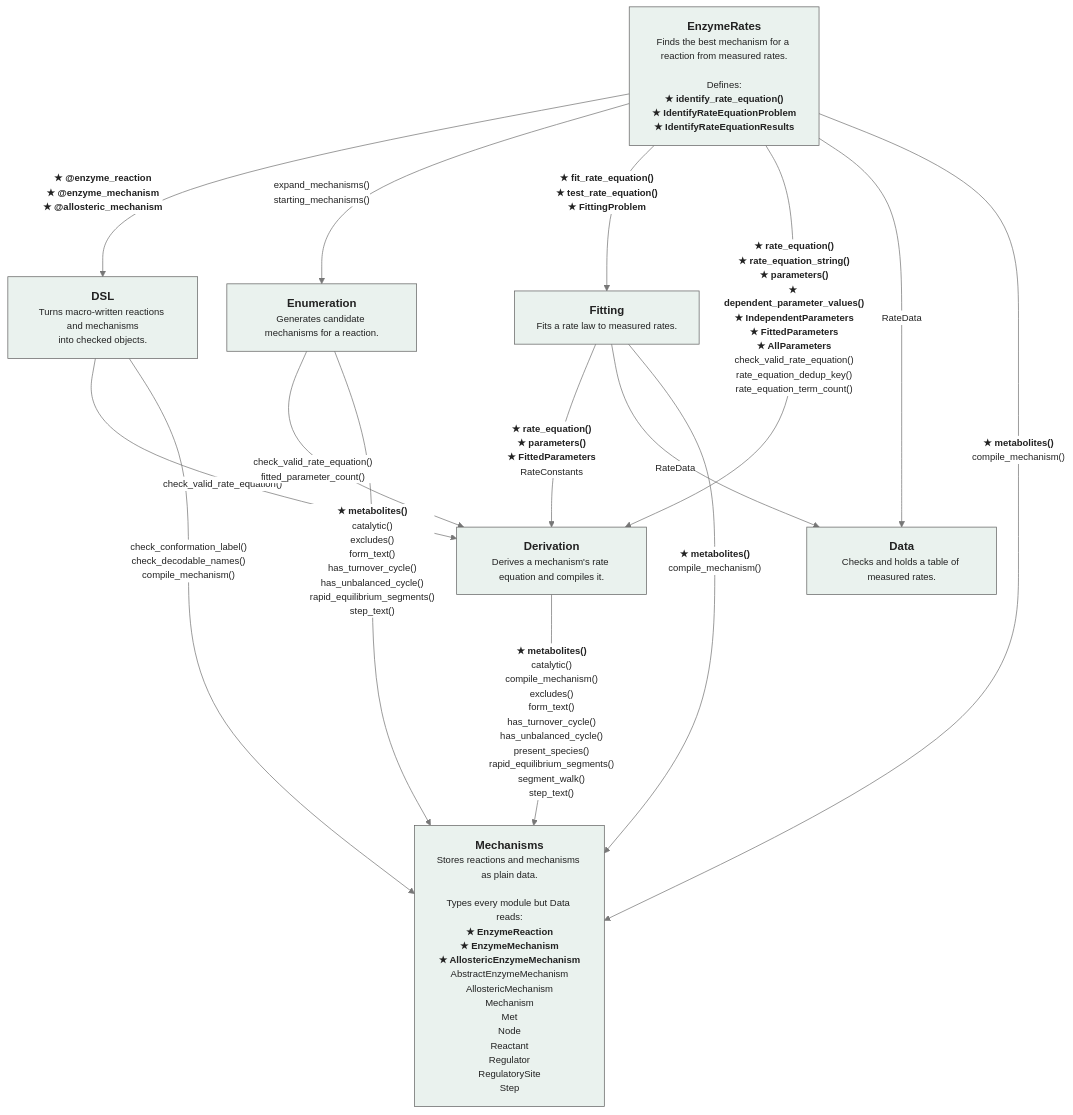
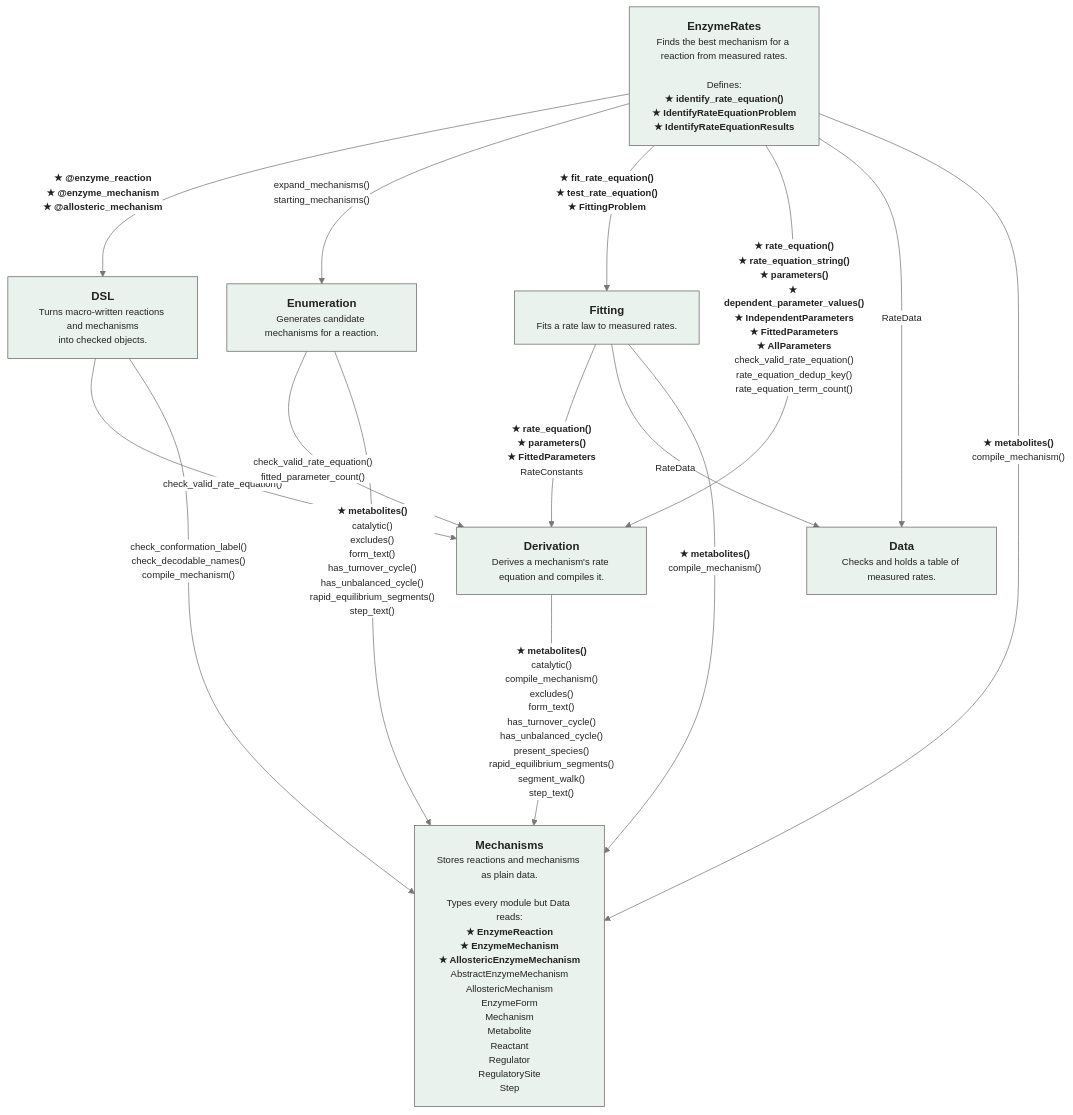
The diagram in docs/src/developer.md (DenisTitovLab/EnzymeRates.jl), drawn with Mermaid before and after one commit. The commit also changed other lines of this file and 28 other files, not shown here.

First line of the commit message:
Rename Node to EnzymeForm and Met to Metabolite

````diff
--- a/docs/src/developer.md
+++ b/docs/src/developer.md
@@ -24,31 +24,31 @@
 ```mermaid
 %%{init: {"theme": "base", "flowchart": {"curve": "basis", "nodeSpacing": 40, "rankSpacing": 70, "htmlLabels": true},
   "themeVariables": {"fontFamily": "Helvetica, Arial, sans-serif", "fontSize": "13px",
   "primaryColor": "#ffffff", "primaryBorderColor": "#666666", "primaryTextColor": "#222222",
   "lineColor": "#777777", "edgeLabelBackground": "#ffffff", "clusterBkg": "#eaf2ee",
   "clusterBorder": "#666666", "titleColor": "#1f4f42"}}}%%
 flowchart TB
   top["<b><big>EnzymeRates</big></b><br/>Finds the best mechanism for a reaction from measured rates.<br/><br/>Defines:<br/><b>★ identify_rate_equation()</b><br/><b>★ IdentifyRateEquationProblem</b><br/><b>★ IdentifyRateEquationResults</b>"]
   dsl["<b><big>DSL</big></b><br/>Turns macro-written reactions and mechanisms<br/>into checked objects."]
   enum["<b><big>Enumeration</big></b><br/>Generates candidate mechanisms for a reaction."]
   fit["<b><big>Fitting</big></b><br/>Fits a rate law to measured rates."]
   der["<b><big>Derivation</big></b><br/>Derives a mechanism's rate equation and compiles it."]
   data["<b><big>Data</big></b><br/>Checks and holds a table of measured rates."]
-  mech["<b><big>Mechanisms</big></b><br/>Stores reactions and mechanisms as plain data.<br/><br/>Types every module but Data reads:<br/><b>★ EnzymeReaction</b><br/><b>★ EnzymeMechanism</b><br/><b>★ AllostericEnzymeMechanism</b><br/>AbstractEnzymeMechanism<br/>AllostericMechanism<br/>Mechanism<br/>Met<br/>Node<br/>Reactant<br/>Regulator<br/>RegulatorySite<br/>Step"]
+  mech["<b><big>Mechanisms</big></b><br/>Stores reactions and mechanisms as plain data.<br/><br/>Types every module but Data reads:<br/><b>★ EnzymeReaction</b><br/><b>★ EnzymeMechanism</b><br/><b>★ AllostericEnzymeMechanism</b><br/>AbstractEnzymeMechanism<br/>AllostericMechanism<br/>EnzymeForm<br/>Mechanism<br/>Metabolite<br/>Reactant<br/>Regulator<br/>RegulatorySite<br/>Step"]
   top -->|"<b>★ @enzyme_reaction</b><br/><b>★ @enzyme_mechanism</b><br/><b>★ @allosteric_mechanism</b>"| dsl
   top -->|"expand_mechanisms()<br/>starting_mechanisms()"| enum
   top -->|"<b>★ fit_rate_equation()</b><br/><b>★ test_rate_equation()</b><br/><b>★ FittingProblem</b>"| fit
   top -->|"<b>★ rate_equation()</b><br/><b>★ rate_equation_string()</b><br/><b>★ parameters()</b><br/><b>★ dependent_parameter_values()</b><br/><b>★ IndependentParameters</b><br/><b>★ FittedParameters</b><br/><b>★ AllParameters</b><br/>check_valid_rate_equation()<br/>rate_equation_dedup_key()<br/>rate_equation_term_count()"| der
   top -->|"RateData"| data
   top -->|"<b>★ metabolites()</b><br/>compile_mechanism()"| mech
   dsl -->|"check_valid_rate_equation()"| der
   dsl -->|"check_conformation_label()<br/>check_decodable_names()<br/>compile_mechanism()"| mech
   enum -->|"check_valid_rate_equation()<br/>fitted_parameter_count()"| der
   enum -->|"<b>★ metabolites()</b><br/>catalytic()<br/>excludes()<br/>form_text()<br/>has_turnover_cycle()<br/>has_unbalanced_cycle()<br/>rapid_equilibrium_segments()<br/>step_text()"| mech
   fit -->|"<b>★ rate_equation()</b><br/><b>★ parameters()</b><br/><b>★ FittedParameters</b><br/>RateConstants"| der
   fit -->|"RateData"| data
   fit -->|"<b>★ metabolites()</b><br/>compile_mechanism()"| mech
   der -->|"<b>★ metabolites()</b><br/>catalytic()<br/>compile_mechanism()<br/>excludes()<br/>form_text()<br/>has_turnover_cycle()<br/>has_unbalanced_cycle()<br/>present_species()<br/>rapid_equilibrium_segments()<br/>segment_walk()<br/>step_text()"| mech
   classDef mod fill:#eaf2ee,stroke:#666666,color:#222222;
   class top,dsl,enum,fit,der,data,mech mod;
 ```
````
